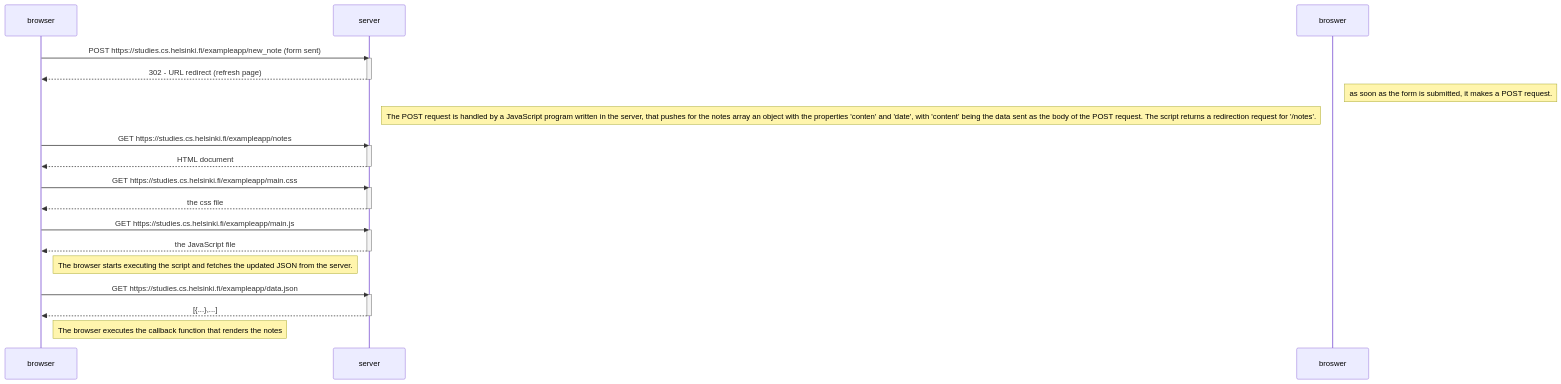
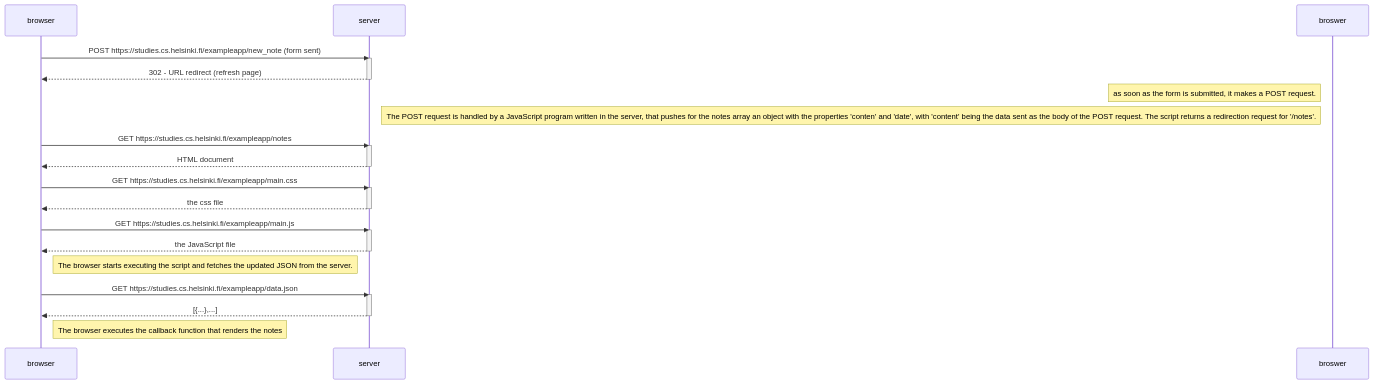
One commit to ProspektsMarch22/fullstackopen changed the diagram in part0/0_4/new_note.md. Above: the diagram before and after it, drawn with Mermaid.

Commit message:
try fixes to format

````diff
--- a/part0/0_4/new_note.md
+++ b/part0/0_4/new_note.md
@@ -1,38 +1,38 @@
 ```mermaid
     sequenceDiagram
       participant browser
       participant server
 
       browser->>server: POST https://studies.cs.helsinki.fi/exampleapp/new_note (form sent)
       activate server
       server-->>browser: 302 - URL redirect (refresh page)
       deactivate server
 
-      Note right of broswer: as soon as the form is submitted, it makes a POST request.
+      Note left of broswer: as soon as the form is submitted, it makes a POST request.
       Note right of server: The POST request is handled by a JavaScript program written in the server, that pushes for the notes array an object with the properties 'conten' and 'date', with 'content' being the data sent as the body of the POST request. The script returns a redirection request for '/notes'.
 
       browser->>server: GET https://studies.cs.helsinki.fi/exampleapp/notes
       activate server
       server-->>browser: HTML document
       deactivate server
 
       browser->>server: GET https://studies.cs.helsinki.fi/exampleapp/main.css
       activate server
       server-->>browser: the css file
       deactivate server
 
 
       browser->>server: GET https://studies.cs.helsinki.fi/exampleapp/main.js
       activate server
       server-->>browser: the JavaScript file
       deactivate server
 
       Note right of browser: The browser starts executing the script and fetches the updated JSON from the server.
 
       browser->>server: GET https://studies.cs.helsinki.fi/exampleapp/data.json
       activate server
       server-->>browser: [{...},...]
       deactivate server
 
       Note right of browser: The browser executes the callback function that renders the notes
 ```
````
